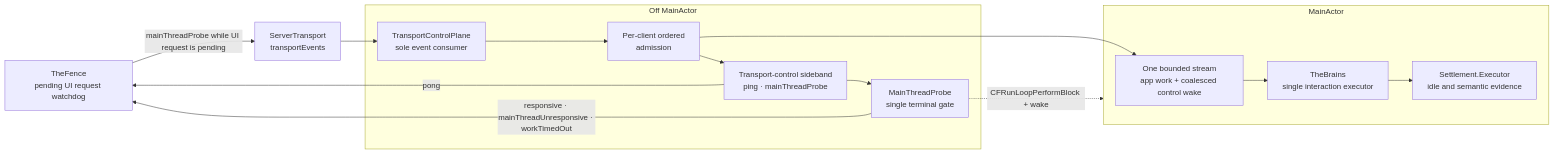
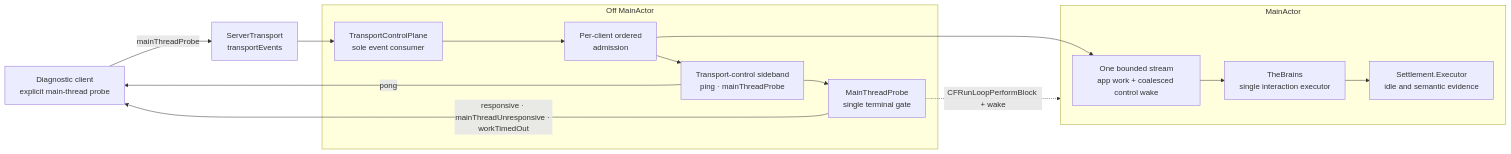
Before and after one commit to RoyalPineapple/TheButtonHeist: the first of 2 diagrams in docs/diagrams/transport-control-plane.md, drawn with Mermaid. The commit also changed other lines of this file and 13 other files, not shown here.

Commit message:
Keep main-thread probes explicit

````diff
--- a/docs/diagrams/transport-control-plane.md
+++ b/docs/diagrams/transport-control-plane.md
@@ -13,30 +13,30 @@
 ```mermaid
 flowchart LR
-    FENCE["TheFence<br/>pending UI request watchdog"]
+    CLIENT["Diagnostic client<br/>explicit main-thread probe"]
     SOCKET["ServerTransport<br/>transportEvents"]
 
     subgraph offmain["Off MainActor"]
         CONTROL["TransportControlPlane<br/>sole event consumer"]
         ADMISSION["Per-client ordered<br/>admission"]
         SIDEBAND["Transport-control sideband<br/>ping · mainThreadProbe"]
         PROBE["MainThreadProbe<br/>single terminal gate"]
     end
 
     subgraph main["MainActor"]
         STREAM["One bounded stream<br/>app work + coalesced control wake"]
         BRAINS["TheBrains<br/>single interaction executor"]
         SETTLE["Settlement.Executor<br/>idle and semantic evidence"]
     end
 
-    FENCE -- "mainThreadProbe while UI request is pending" --> SOCKET
+    CLIENT -- "mainThreadProbe" --> SOCKET
     SOCKET --> CONTROL
     CONTROL --> ADMISSION
     ADMISSION --> SIDEBAND
     ADMISSION --> STREAM
-    SIDEBAND -- "pong" --> FENCE
+    SIDEBAND -- "pong" --> CLIENT
     SIDEBAND --> PROBE
-    PROBE -- "responsive · mainThreadUnresponsive · workTimedOut" --> FENCE
+    PROBE -- "responsive · mainThreadUnresponsive · workTimedOut" --> CLIENT
     PROBE -. "CFRunLoopPerformBlock + wake" .-> main
     STREAM --> BRAINS
     BRAINS --> SETTLE
 ```
````
